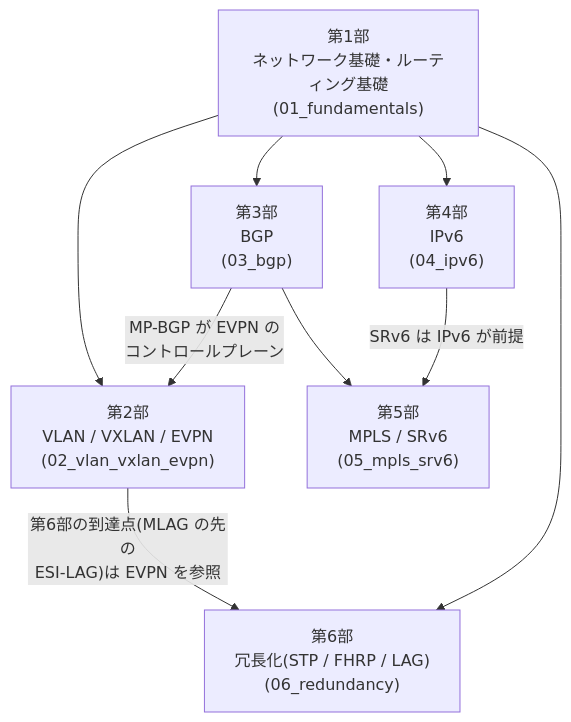
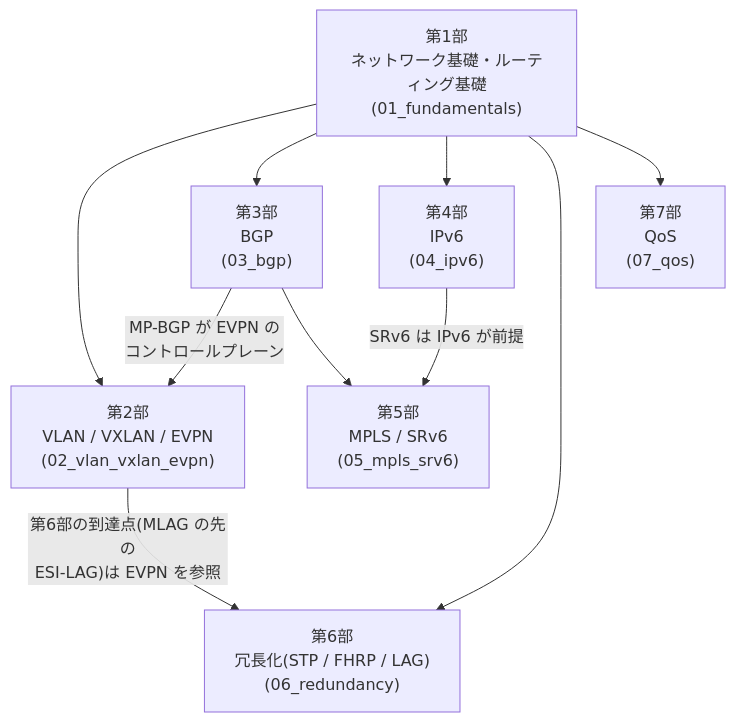
One commit to meg4ne1251/network-textbook changed the diagram in 00_overview/01_roadmap.md. Above: the diagram before and after it, drawn with Mermaid. The commit also changed other lines of this file and 7 other files, not shown here.

````diff
--- a/00_overview/01_roadmap.md
+++ b/00_overview/01_roadmap.md
@@ -53,18 +53,20 @@
 ```mermaid
 graph TD
     P1["第1部<br/>ネットワーク基礎・ルーティング基礎<br/>(01_fundamentals)"]
     P2["第2部<br/>VLAN / VXLAN / EVPN<br/>(02_vlan_vxlan_evpn)"]
     P3["第3部<br/>BGP<br/>(03_bgp)"]
     P4["第4部<br/>IPv6<br/>(04_ipv6)"]
     P5["第5部<br/>MPLS / SRv6<br/>(05_mpls_srv6)"]
     P6["第6部<br/>冗長化(STP / FHRP / LAG)<br/>(06_redundancy)"]
+    P7["第7部<br/>QoS<br/>(07_qos)"]
 
     P1 --> P2
     P1 --> P3
     P1 --> P4
     P1 --> P6
+    P1 --> P7
     P3 -->|"MP-BGP が EVPN の<br/>コントロールプレーン"| P2
     P3 --> P5
     P4 -->|"SRv6 は IPv6 が前提"| P5
     P2 -->|"第6部の到達点(MLAG の先の<br/>ESI-LAG)は EVPN を参照"| P6
 ```
````
